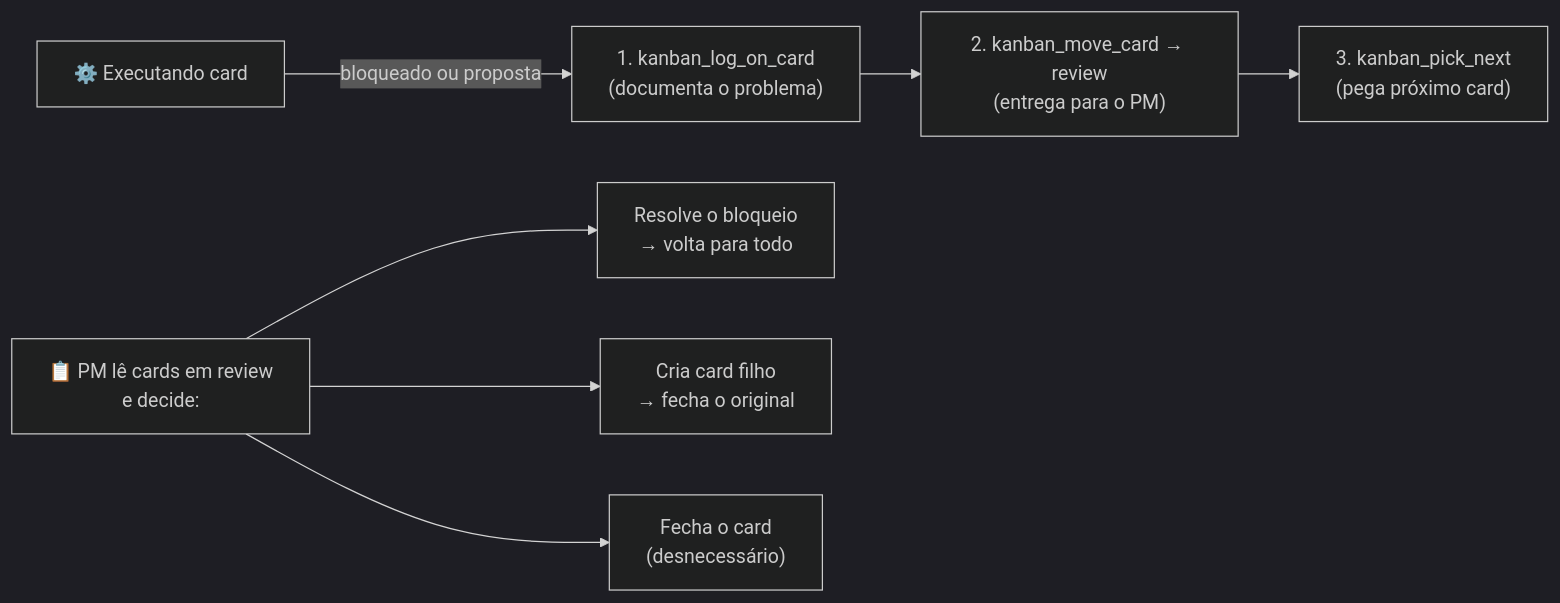
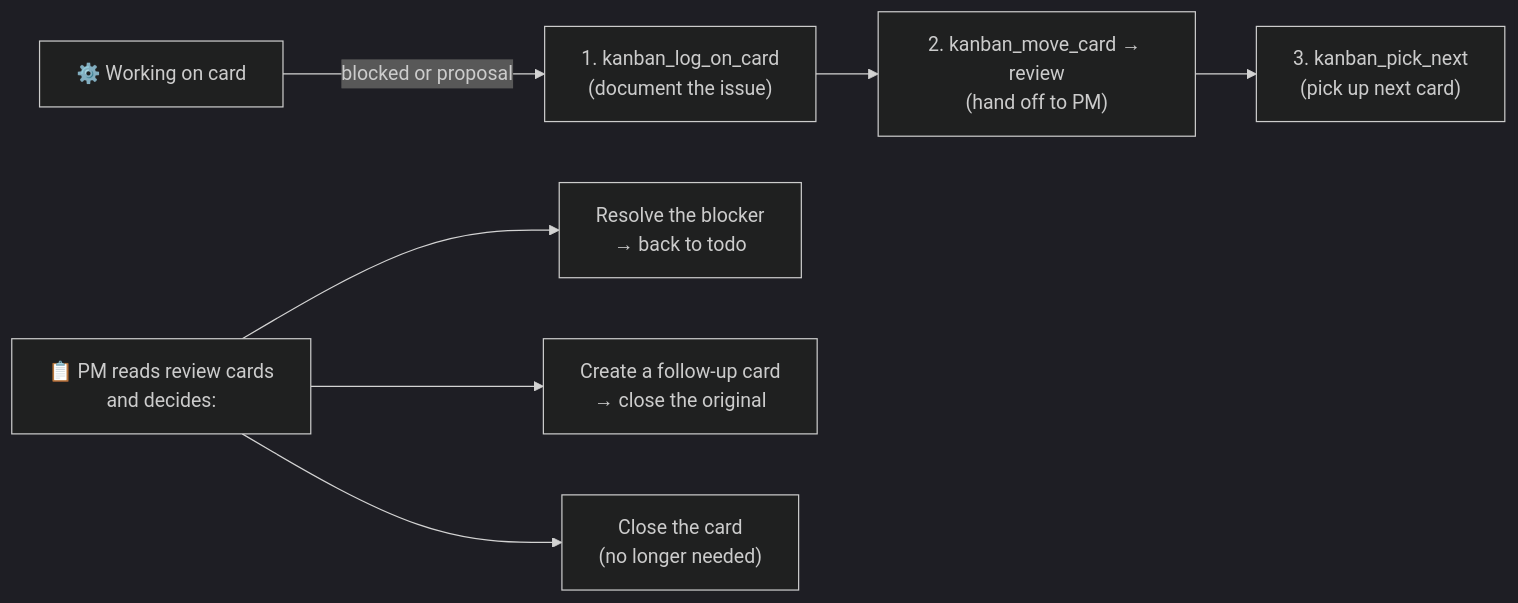
One commit to kauelopes/obsidianban changed the third of 6 diagrams in README.md. Above: the diagram before and after it, drawn with Mermaid (dark theme). The commit also changed other lines of this file, not shown here.

Commit message:
docs: translate README to English and simplify sprint sequence diagram

````diff
--- a/README.md
+++ b/README.md
@@ -142,14 +142,14 @@
 ```mermaid
 flowchart LR
-    WORK["⚙️ Executando card"] -->|"bloqueado ou proposta"| LOG
-    LOG["1. kanban_log_on_card\n(documenta o problema)"] --> REVIEW
-    REVIEW["2. kanban_move_card → review\n(entrega para o PM)"] --> NEXT
-    NEXT["3. kanban_pick_next\n(pega próximo card)"]
+    WORK["⚙️ Working on card"] -->|"blocked or proposal"| LOG
+    LOG["1. kanban_log_on_card\n(document the issue)"] --> REVIEW
+    REVIEW["2. kanban_move_card → review\n(hand off to PM)"] --> NEXT
+    NEXT["3. kanban_pick_next\n(pick up next card)"]
 
-    PMREAD["📋 PM lê cards em review\ne decide:"] --> C1
+    PMREAD["📋 PM reads review cards\nand decides:"] --> C1
     PMREAD --> C2
     PMREAD --> C3
-    C1["Resolve o bloqueio\n→ volta para todo"]
-    C2["Cria card filho\n→ fecha o original"]
-    C3["Fecha o card\n(desnecessário)"]
+    C1["Resolve the blocker\n→ back to todo"]
+    C2["Create a follow-up card\n→ close the original"]
+    C3["Close the card\n(no longer needed)"]
 ```
````
